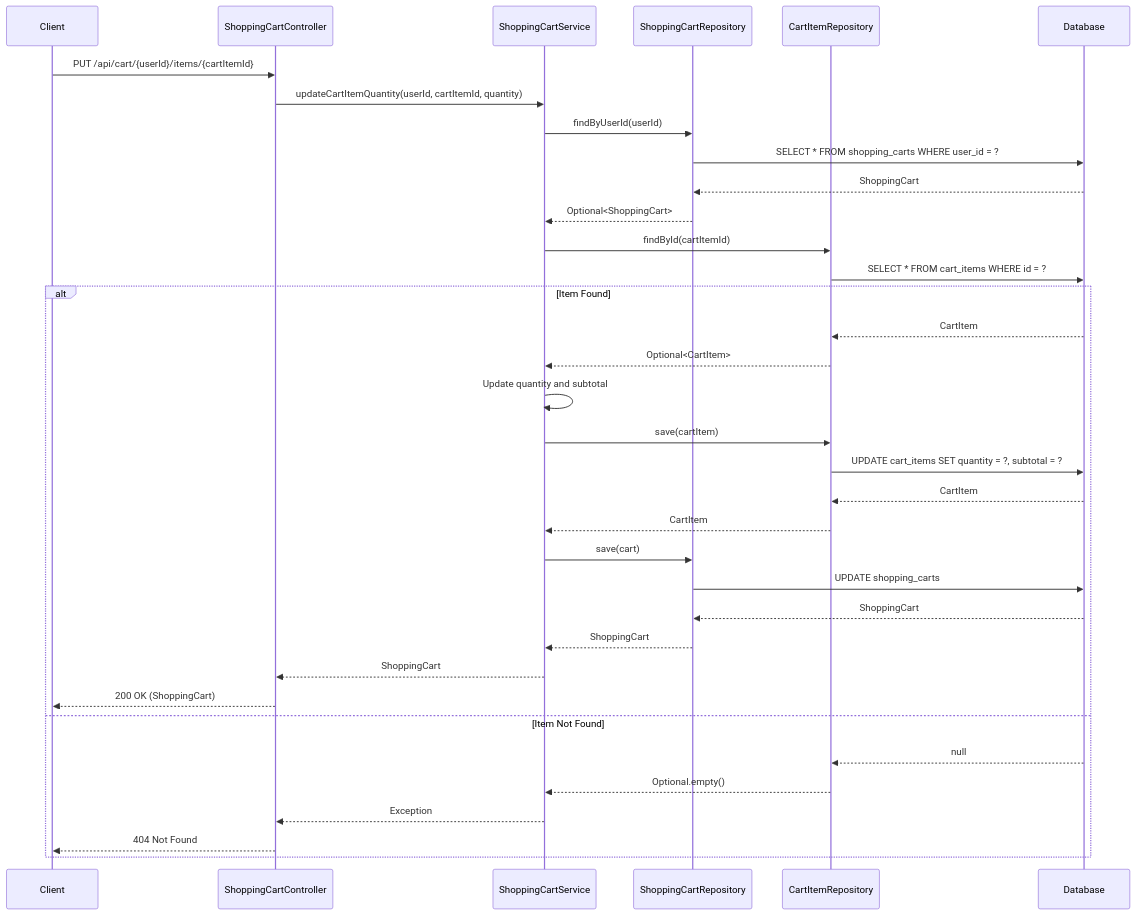
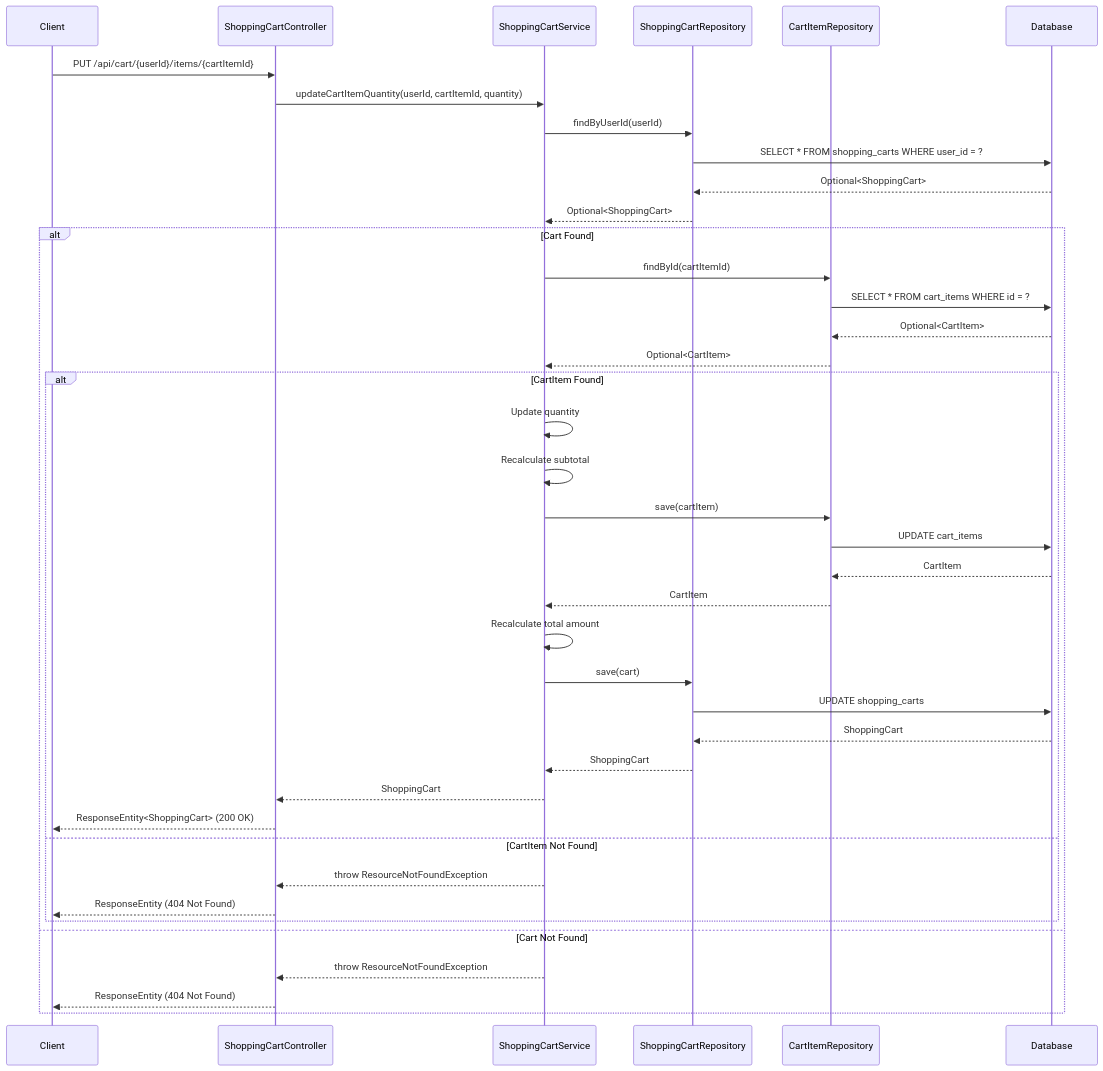
Diagram 12 of 13 in docs/LLD/modified_lld.md (NavneetBN47/aava-ecom-demo), drawn with Mermaid before and after one commit. The commit also changed other lines of this file, not shown here.

````diff
--- a/docs/LLD/modified_lld.md
+++ b/docs/LLD/modified_lld.md
@@ -438,40 +457,45 @@
 ```mermaid
 sequenceDiagram
     participant Client
     participant ShoppingCartController
     participant ShoppingCartService
     participant ShoppingCartRepository
     participant CartItemRepository
     participant Database
 
     Client->>ShoppingCartController: PUT /api/cart/{userId}/items/{cartItemId}
     ShoppingCartController->>ShoppingCartService: updateCartItemQuantity(userId, cartItemId, quantity)
     ShoppingCartService->>ShoppingCartRepository: findByUserId(userId)
     ShoppingCartRepository->>Database: SELECT * FROM shopping_carts WHERE user_id = ?
-    Database-->>ShoppingCartRepository: ShoppingCart
+    Database-->>ShoppingCartRepository: Optional<ShoppingCart>
     ShoppingCartRepository-->>ShoppingCartService: Optional<ShoppingCart>
     
-    ShoppingCartService->>CartItemRepository: findById(cartItemId)
-    CartItemRepository->>Database: SELECT * FROM cart_items WHERE id = ?
-    
-    alt Item Found
-        Database-->>CartItemRepository: CartItem
+    alt Cart Found
+        ShoppingCartService->>CartItemRepository: findById(cartItemId)
+        CartItemRepository->>Database: SELECT * FROM cart_items WHERE id = ?
+        Database-->>CartItemRepository: Optional<CartItem>
         CartItemRepository-->>ShoppingCartService: Optional<CartItem>
-        ShoppingCartService->>ShoppingCartService: Update quantity and subtotal
-        ShoppingCartService->>CartItemRepository: save(cartItem)
-        CartItemRepository->>Database: UPDATE cart_items SET quantity = ?, subtotal = ?
-        Database-->>CartItemRepository: CartItem
-        CartItemRepository-->>ShoppingCartService: CartItem
-        ShoppingCartService->>ShoppingCartRepository: save(cart)
-        ShoppingCartRepository->>Database: UPDATE shopping_carts
-        Database-->>ShoppingCartRepository: ShoppingCart
-        ShoppingCartRepository-->>ShoppingCartService: ShoppingCart
-        ShoppingCartService-->>ShoppingCartController: ShoppingCart
-        ShoppingCartController-->>Client: 200 OK (ShoppingCart)
-    else Item Not Found
-        Database-->>CartItemRepository: null
-        CartItemRepository-->>ShoppingCartService: Optional.empty()
-        ShoppingCartService-->>ShoppingCartController: Exception
-        ShoppingCartController-->>Client: 404 Not Found
+        
+        alt CartItem Found
+            ShoppingCartService->>ShoppingCartService: Update quantity
+            ShoppingCartService->>ShoppingCartService: Recalculate subtotal
+            ShoppingCartService->>CartItemRepository: save(cartItem)
+            CartItemRepository->>Database: UPDATE cart_items
+            Database-->>CartItemRepository: CartItem
+            CartItemRepository-->>ShoppingCartService: CartItem
+            ShoppingCartService->>ShoppingCartService: Recalculate total amount
+            ShoppingCartService->>ShoppingCartRepository: save(cart)
+            ShoppingCartRepository->>Database: UPDATE shopping_carts
+            Database-->>ShoppingCartRepository: ShoppingCart
+            ShoppingCartRepository-->>ShoppingCartService: ShoppingCart
+            ShoppingCartService-->>ShoppingCartController: ShoppingCart
+            ShoppingCartController-->>Client: ResponseEntity<ShoppingCart> (200 OK)
+        else CartItem Not Found
+            ShoppingCartService-->>ShoppingCartController: throw ResourceNotFoundException
+            ShoppingCartController-->>Client: ResponseEntity (404 Not Found)
+        end
+    else Cart Not Found
+        ShoppingCartService-->>ShoppingCartController: throw ResourceNotFoundException
+        ShoppingCartController-->>Client: ResponseEntity (404 Not Found)
     end
 ```
````
